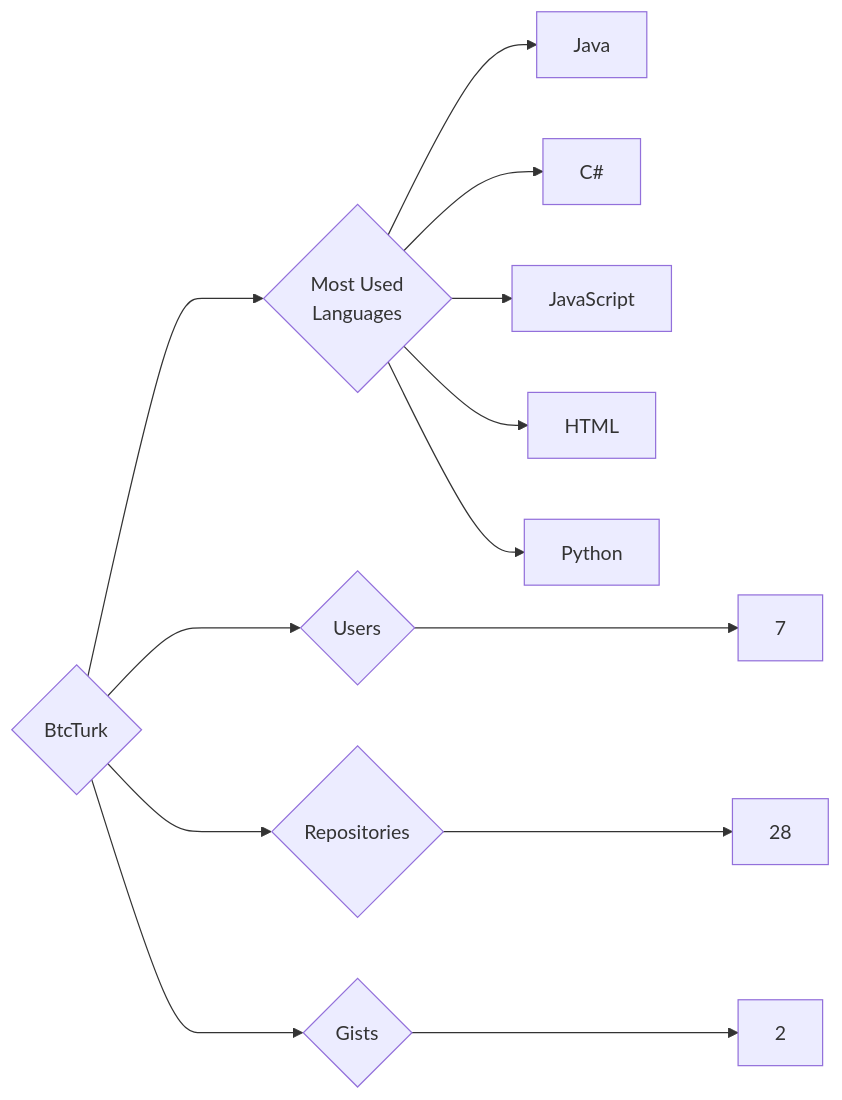
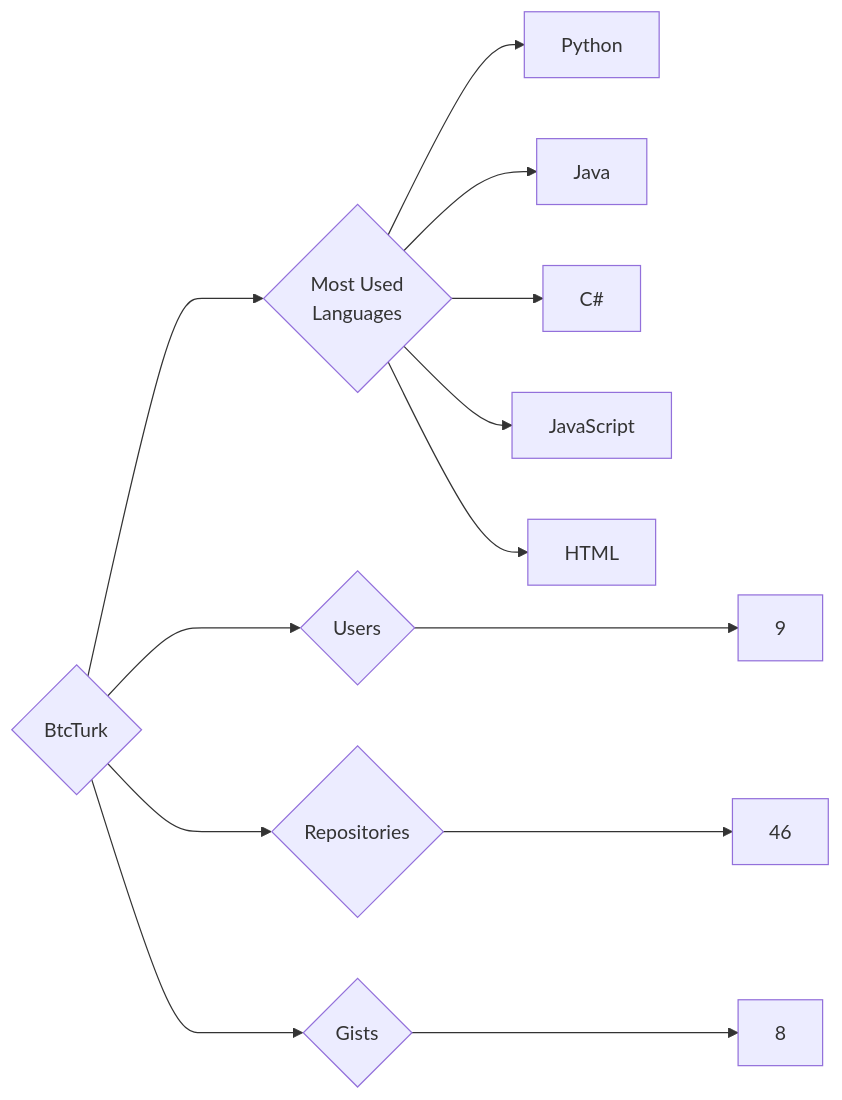
Before and after one commit to trickest/insiders: the diagram in targets/BtcTurk/README.md, drawn with Mermaid. The commit also changed 1084 other files, not shown here.

````diff
--- a/targets/BtcTurk/README.md
+++ b/targets/BtcTurk/README.md
@@ -3,13 +3,13 @@
 ```mermaid
 graph LR
 COMPANY_NAME{BtcTurk}
-COMPANY_NAME ---> U{Users} ---> UN[7]
-COMPANY_NAME ---> R{Repositories} ---> RN[28]
-COMPANY_NAME ---> G{Gists} ---> GN[2]
+COMPANY_NAME ---> U{Users} ---> UN[9]
+COMPANY_NAME ---> R{Repositories} ---> RN[46]
+COMPANY_NAME ---> G{Gists} ---> GN[8]
 COMPANY_NAME ---> ML{Most Used<br>Languages}
+ML --> Python[Python]
 ML --> Java[Java]
 ML --> C#[C#]
 ML --> JavaScript[JavaScript]
 ML --> HTML[HTML]
-ML --> Python[Python]
 ```
````
